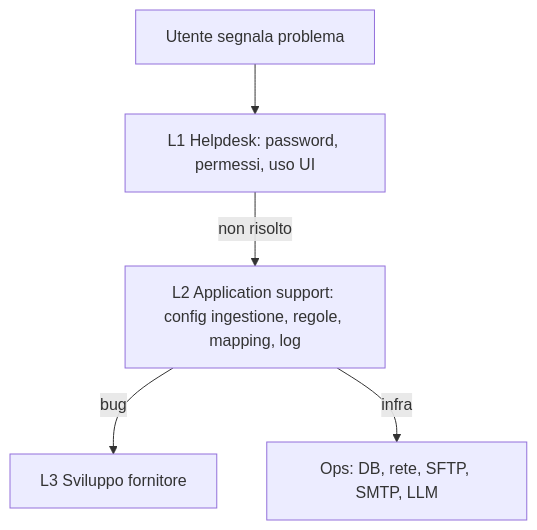
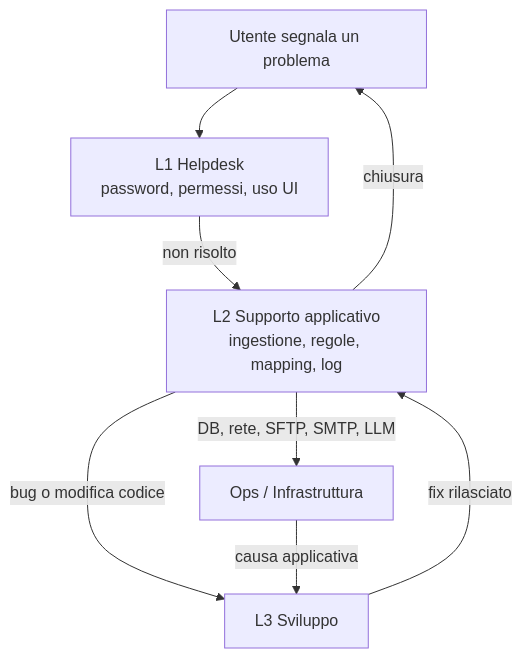
One commit to saristot/LOSS_PREVENTION changed the second of 2 diagrams in customspa-it-loss-prevention-d098a8b97860/Docs/12_operation_and_support.md. Above: the diagram before and after it, drawn with Mermaid. The commit also changed other lines of this file and 23 other files, not shown here.

````diff
--- a/customspa-it-loss-prevention-d098a8b97860/Docs/12_operation_and_support.md
+++ b/customspa-it-loss-prevention-d098a8b97860/Docs/12_operation_and_support.md
@@ -78,7 +361,10 @@
 ```mermaid
 flowchart TD
-  U[Utente segnala problema] --> L1[L1 Helpdesk: password, permessi, uso UI]
-  L1 -->|non risolto| L2[L2 Application support: config ingestione, regole, mapping, log]
-  L2 -->|bug| L3[L3 Sviluppo fornitore]
-  L2 -->|infra| OPS[Ops: DB, rete, SFTP, SMTP, LLM]
+  U["Utente segnala un problema"] --> L1["L1 Helpdesk<br/>password, permessi, uso UI"]
+  L1 -->|"non risolto"| L2["L2 Supporto applicativo<br/>ingestione, regole, mapping, log"]
+  L2 -->|"bug o modifica codice"| L3["L3 Sviluppo"]
+  L2 -->|"DB, rete, SFTP, SMTP, LLM"| OPS["Ops / Infrastruttura"]
+  OPS -->|"causa applicativa"| L3
+  L3 -->|"fix rilasciato"| L2
+  L2 -->|"chiusura"| U
 ```
````
